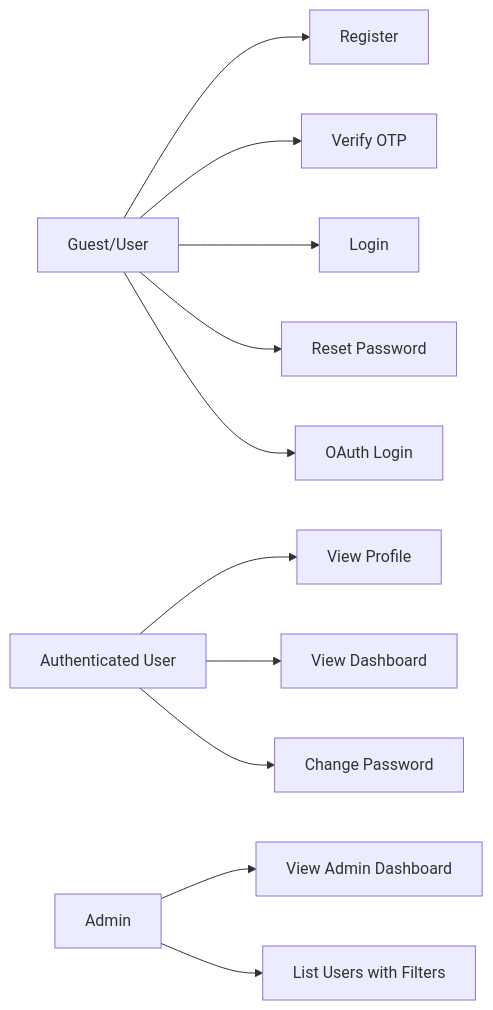
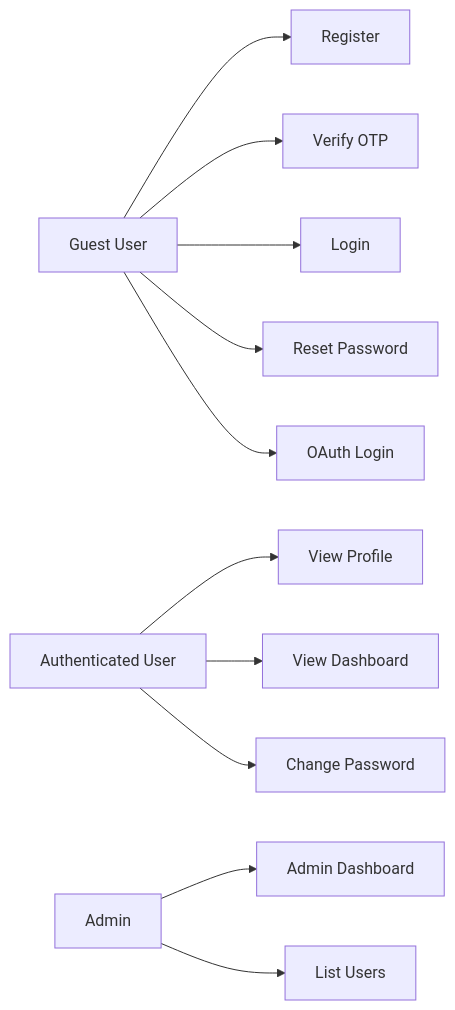
One commit to himanshugupta91/Full-Stack-Authentication-System changed the fourth of 12 diagrams in README.md. Above: the diagram before and after it, drawn with Mermaid. The commit also changed other lines of this file, not shown here.

Commit message:
Rewrite all 12 mermaid diagrams from scratch with plain GitHub-compatible syntax

````diff
--- a/README.md
+++ b/README.md
@@ -208,13 +197,13 @@
 ```mermaid
-flowchart LR
-    U[Guest/User] --> UC1[Register]
-    U --> UC2[Verify OTP]
-    U --> UC3[Login]
-    U --> UC4[Reset Password]
-    U --> UC5[OAuth Login]
-    AU[Authenticated User] --> UC6[View Profile]
-    AU --> UC7[View Dashboard]
-    AU --> UC8[Change Password]
-    AD[Admin] --> UC9[View Admin Dashboard]
-    AD --> UC10[List Users with Filters]
+graph LR
+    A[Guest User] --> B[Register]
+    A --> C[Verify OTP]
+    A --> D[Login]
+    A --> E[Reset Password]
+    A --> F[OAuth Login]
+    G[Authenticated User] --> H[View Profile]
+    G --> I[View Dashboard]
+    G --> J[Change Password]
+    K[Admin] --> L[Admin Dashboard]
+    K --> M[List Users]
 ```
````
